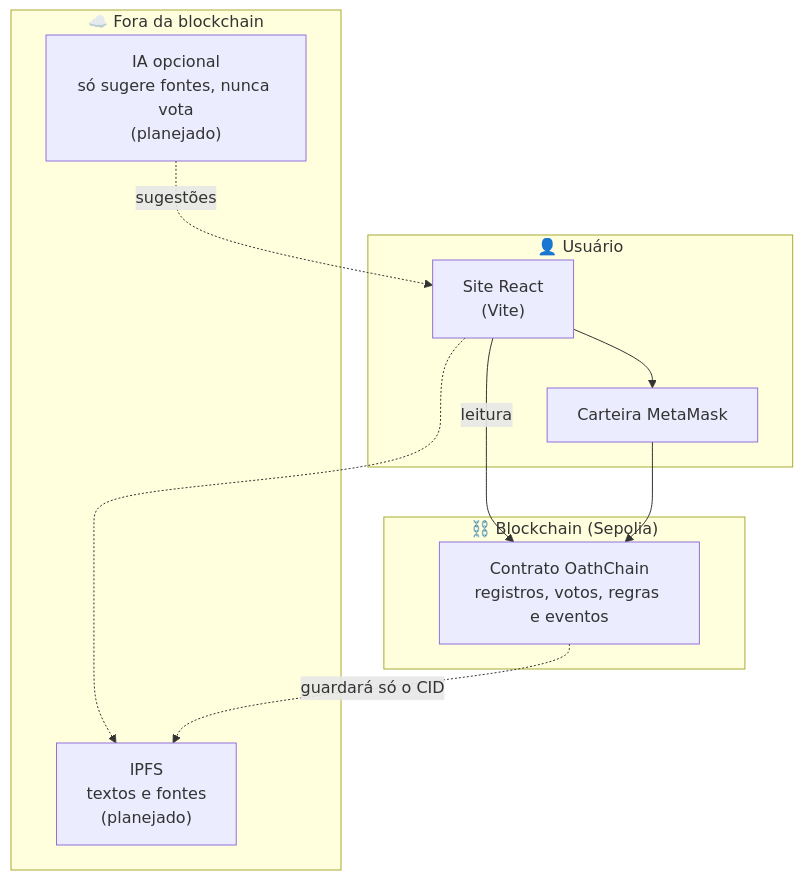
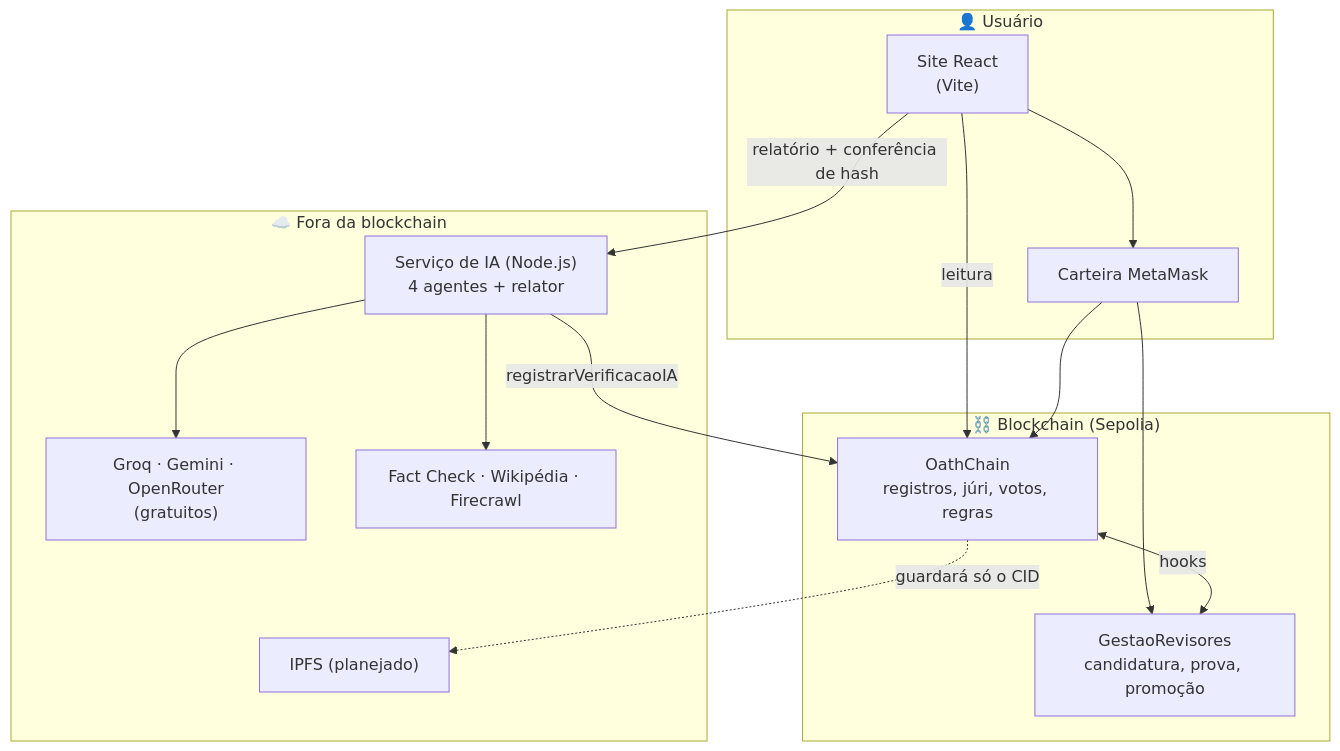
The seventh of 7 diagrams in README.md (paivafgustavo/OathChain), drawn with Mermaid before and after one commit. The commit also changed other lines of this file and 34 other files, not shown here.

Commit message:
v5: verificacao hibrida por IA, juri sorteado, voto secreto e candidatura de revisores

````diff
--- a/README.md
+++ b/README.md
@@ -264,22 +352,29 @@
 ```mermaid
 flowchart TB
     subgraph Usuario["👤 Usuário"]
         UI["Site React<br/>(Vite)"]
         W["Carteira MetaMask"]
     end
 
     subgraph Rede["⛓️ Blockchain (Sepolia)"]
-        SC["Contrato OathChain<br/>registros, votos, regras e eventos"]
+        SC["OathChain<br/>registros, júri, votos, regras"]
+        GR["GestaoRevisores<br/>candidatura, prova, promoção"]
     end
 
     subgraph Fora["☁️ Fora da blockchain"]
-        IPFS["IPFS<br/>textos e fontes<br/>(planejado)"]
-        IA["IA opcional<br/>só sugere fontes, nunca vota<br/>(planejado)"]
+        SV["Serviço de IA (Node.js)<br/>4 agentes + relator"]
+        LLM["Groq · Gemini · OpenRouter<br/>(gratuitos)"]
+        EV["Fact Check · Wikipédia · Firecrawl"]
+        IPFS["IPFS (planejado)"]
     end
 
     UI -- leitura --> SC
     UI --> W --> SC
-    UI -.-> IPFS
-    IA -.sugestões.-> UI
+    W --> GR
+    SC <-- hooks --> GR
+    SV -- registrarVerificacaoIA --> SC
+    SV --> LLM
+    SV --> EV
+    UI -- relatório + conferência de hash --> SV
     SC -. guardará só o CID .-> IPFS
 ```
````
